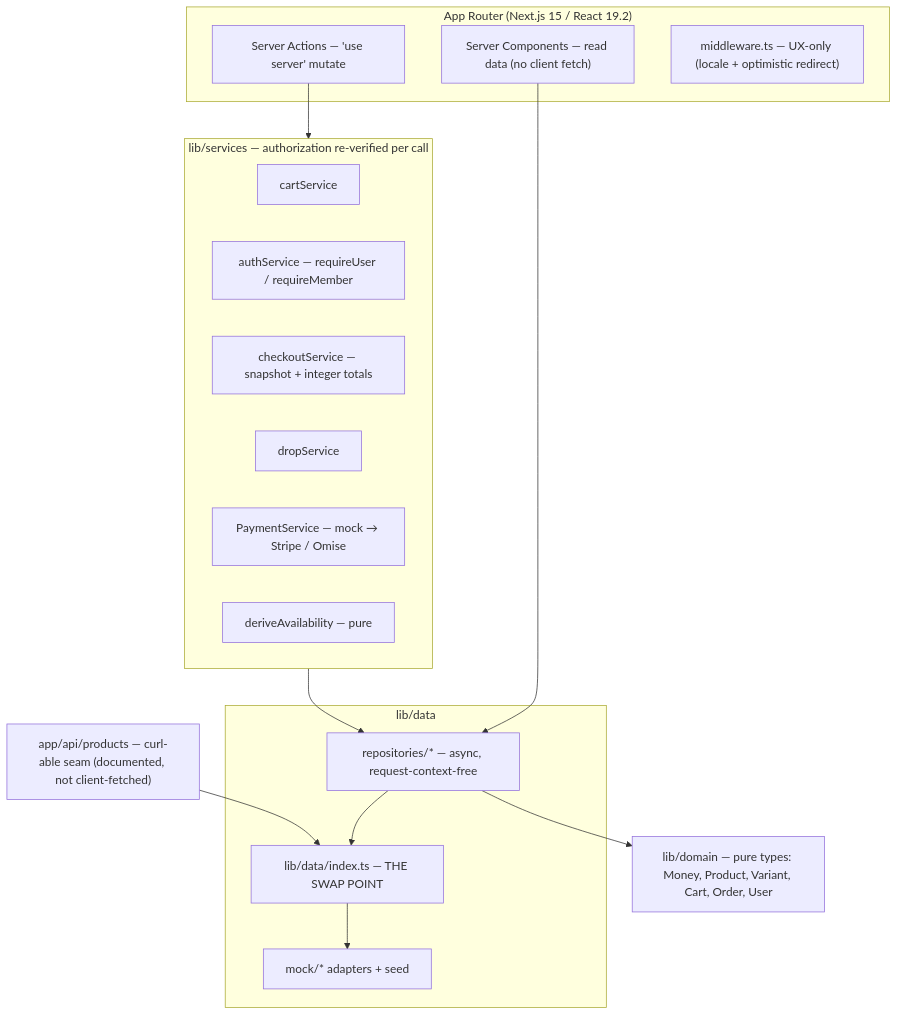
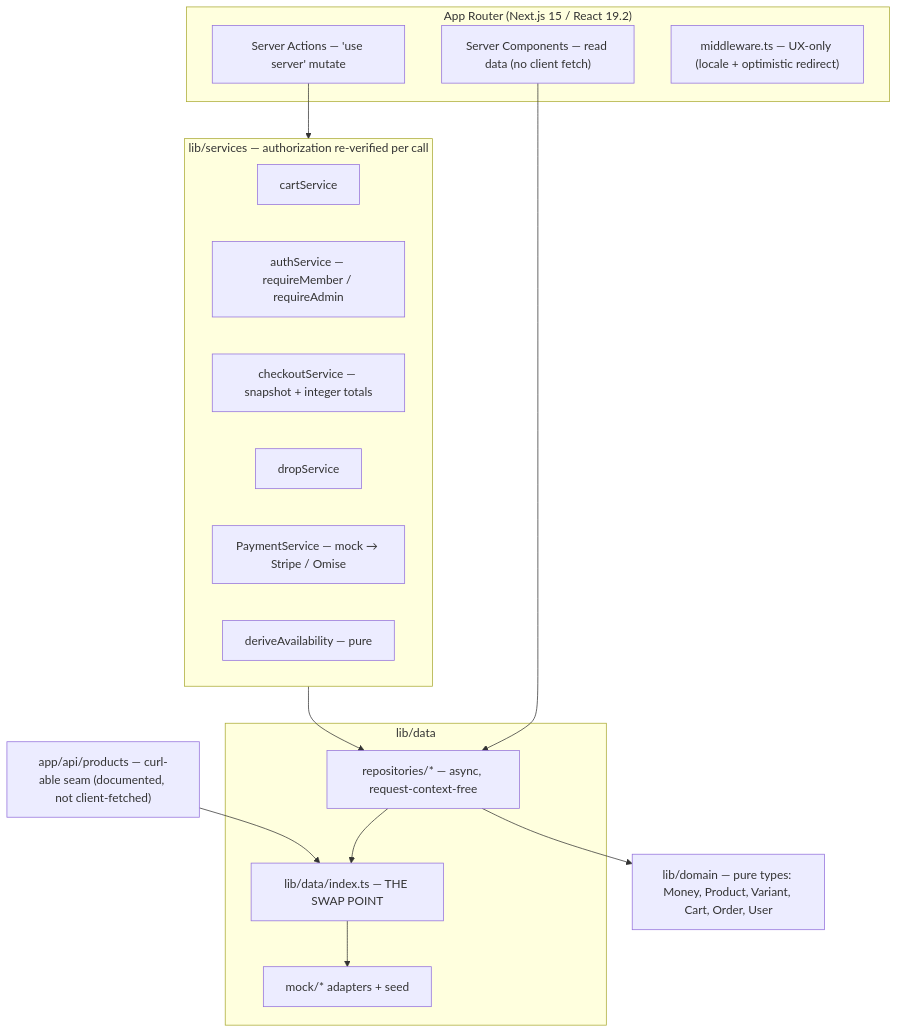
The diagram in README.md (Kcomic/vanta), drawn with Mermaid before and after one commit. The commit also changed 10 other files, not shown here.

First line of the commit message:
refactor(auth): real register() via repo create(); drop dead requireUser; ICU =0 parity

````diff
--- a/README.md
+++ b/README.md
@@ -43,30 +43,30 @@
 ```mermaid
 flowchart TD
   subgraph UI["App Router (Next.js 15 / React 19.2)"]
     RSC["Server Components — read data (no client fetch)"]
     SA["Server Actions — 'use server' mutate"]
     MW["middleware.ts — UX-only (locale + optimistic redirect)"]
   end
   subgraph SVC["lib/services — authorization re-verified per call"]
     CART["cartService"]
-    AUTH["authService — requireUser / requireMember"]
+    AUTH["authService — requireMember / requireAdmin"]
     CHK["checkoutService — snapshot + integer totals"]
     DROP["dropService"]
     PAY["PaymentService — mock → Stripe / Omise"]
     AVAIL["deriveAvailability — pure"]
   end
   subgraph DATA["lib/data"]
     SWAP["lib/data/index.ts — THE SWAP POINT"]
     REPO["repositories/* — async, request-context-free"]
     MOCK["mock/* adapters + seed"]
   end
   DOMAIN["lib/domain — pure types: Money, Product, Variant, Cart, Order, User"]
   APIROUTE["app/api/products — curl-able seam (documented, not client-fetched)"]
   RSC --> REPO
   SA --> SVC
   SVC --> REPO
   REPO --> SWAP
   SWAP --> MOCK
   APIROUTE --> SWAP
   REPO --> DOMAIN
 ```
````
